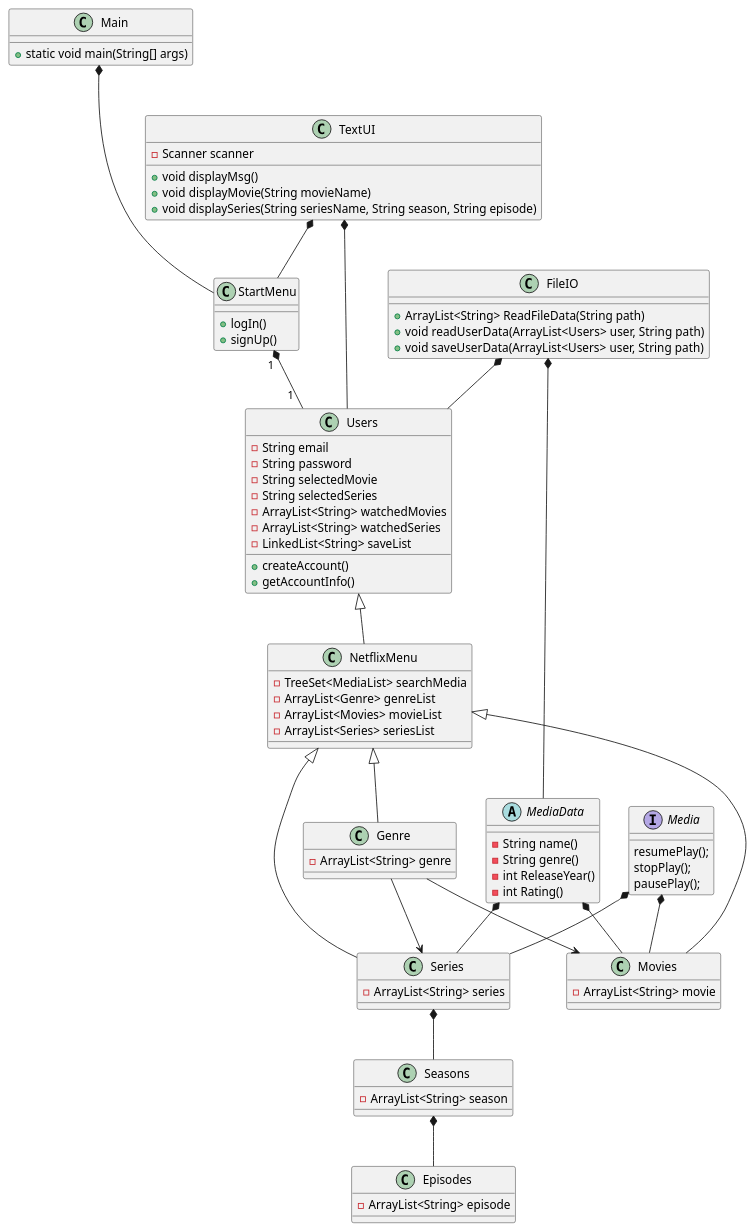
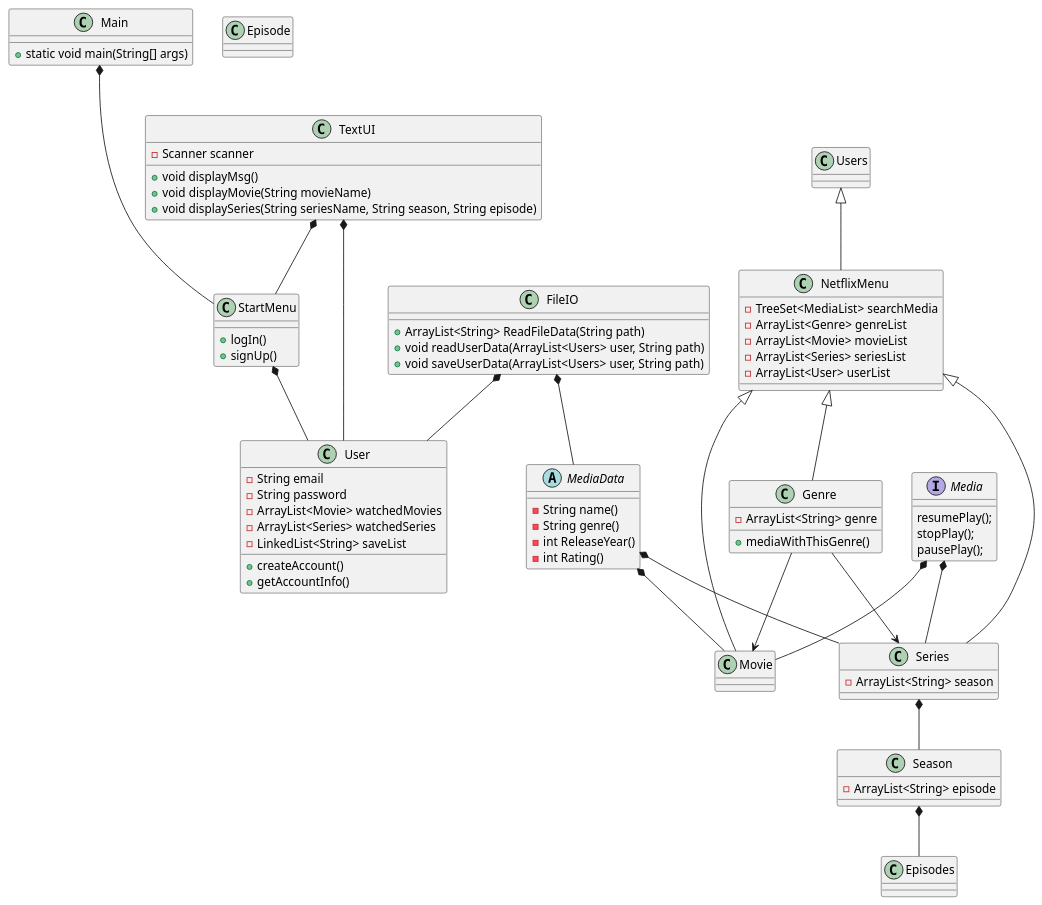
One commit to AerrowV/SP3_Netflix changed the diagram in Diagrams/SP3.puml. Above: the diagram before and after it, drawn with PlantUML.

```diff
--- a/Diagrams/SP3.puml
+++ b/Diagrams/SP3.puml
@@ -1,99 +1,99 @@
 @startuml
 'https://plantuml.com/class-diagram
 
 class Main{
 + static void main(String[] args)
 }
 
 class StartMenu {
 + logIn()
 + signUp()
 }
 
-class Users {
+class User {
 - String email
 - String password
-- String selectedMovie
-- String selectedSeries
-- ArrayList<String> watchedMovies
-- ArrayList<String> watchedSeries
+- ArrayList<Movie> watchedMovies
+- ArrayList<Series> watchedSeries
 - LinkedList<String> saveList
 + createAccount()
 + getAccountInfo()
 }
 
 class FileIO {
 + ArrayList<String> ReadFileData(String path)
 + void readUserData(ArrayList<Users> user, String path)
 + void saveUserData(ArrayList<Users> user, String path)
 }
 
 interface Media {
 resumePlay();
 stopPlay();
 pausePlay();
 
 }
 abstract MediaData{
 - String name()
 - String genre()
 - int ReleaseYear()
 - int Rating()
 
 
 }
 
 class NetflixMenu {
 - TreeSet<MediaList> searchMedia
 - ArrayList<Genre> genreList
-- ArrayList<Movies> movieList
+- ArrayList<Movie> movieList
 - ArrayList<Series> seriesList
+- ArrayList<User> userList
+
 }
 
-class Movies {
-- ArrayList<String> movie
+class Movie {
 }
 
 class Genre {
 - ArrayList<String> genre
++ mediaWithThisGenre()
 }
 
 class Series {
-- ArrayList<String> series
-}
-
-class Seasons {
 - ArrayList<String> season
 }
 
-class Episodes {
+class Season {
 - ArrayList<String> episode
+}
+
+class Episode {
+
 }
 
 class TextUI {
 - Scanner scanner
 + void displayMsg()
 + void displayMovie(String movieName)
 + void displaySeries(String seriesName, String season, String episode)
 }
 
 Main *--- StartMenu
-StartMenu "1 " *-- "1  " Users
+StartMenu *-- User
 Users <|-- NetflixMenu
-NetflixMenu <|-- Movies
+NetflixMenu <|-- Movie
 NetflixMenu <|-- Series
 NetflixMenu <|-- Genre
-Genre --> Movies
+Genre --> Movie
 Genre --> Series
-Series *-- Seasons
-Seasons *-- Episodes
-Media *-- Movies
+Series *-- Season
+Season *-- Episodes
+Media *-- Movie
 Media *-- Series
-FileIO *-- Users
-TextUI *-- Users
+FileIO *-- User
+TextUI *-- User
 TextUI *-- StartMenu
-MediaData *-- Movies
+MediaData *-- Movie
 MediaData *-- Series
 FileIO *-- MediaData
 
 @enduml
```
